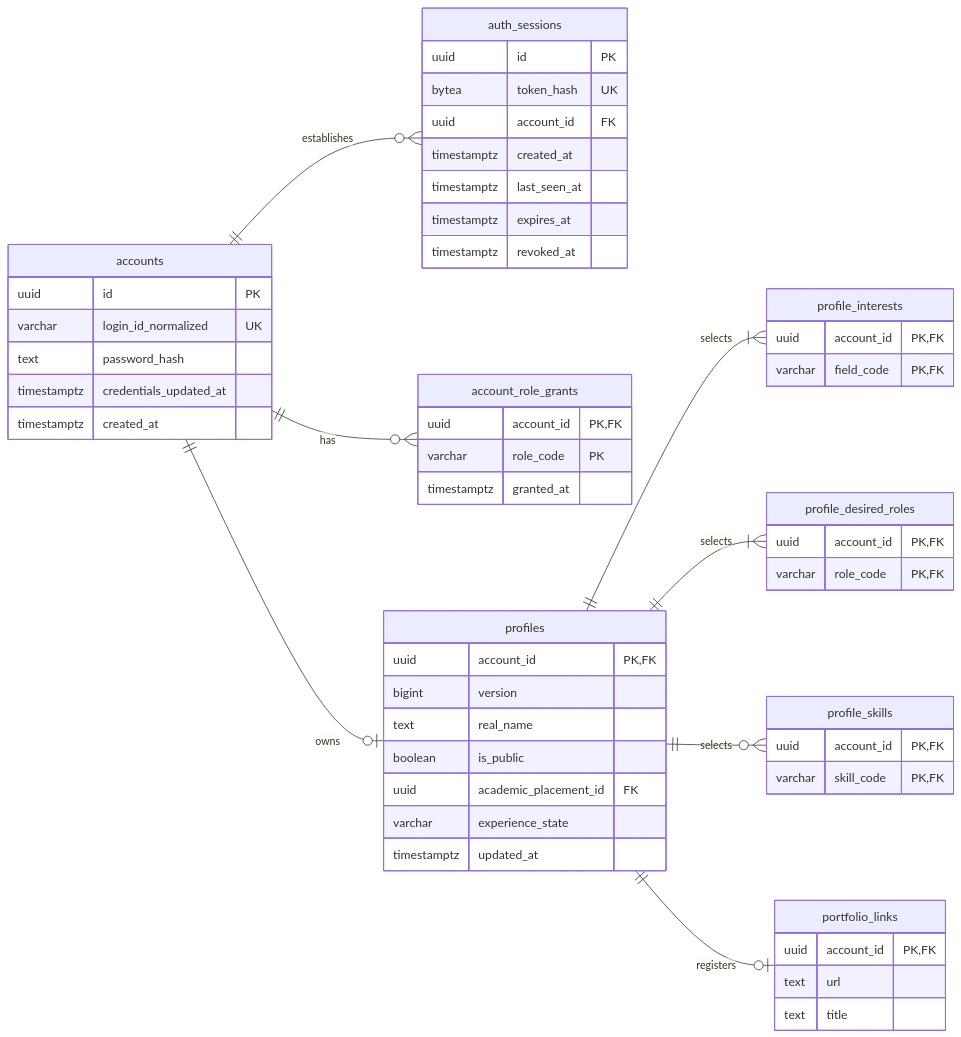
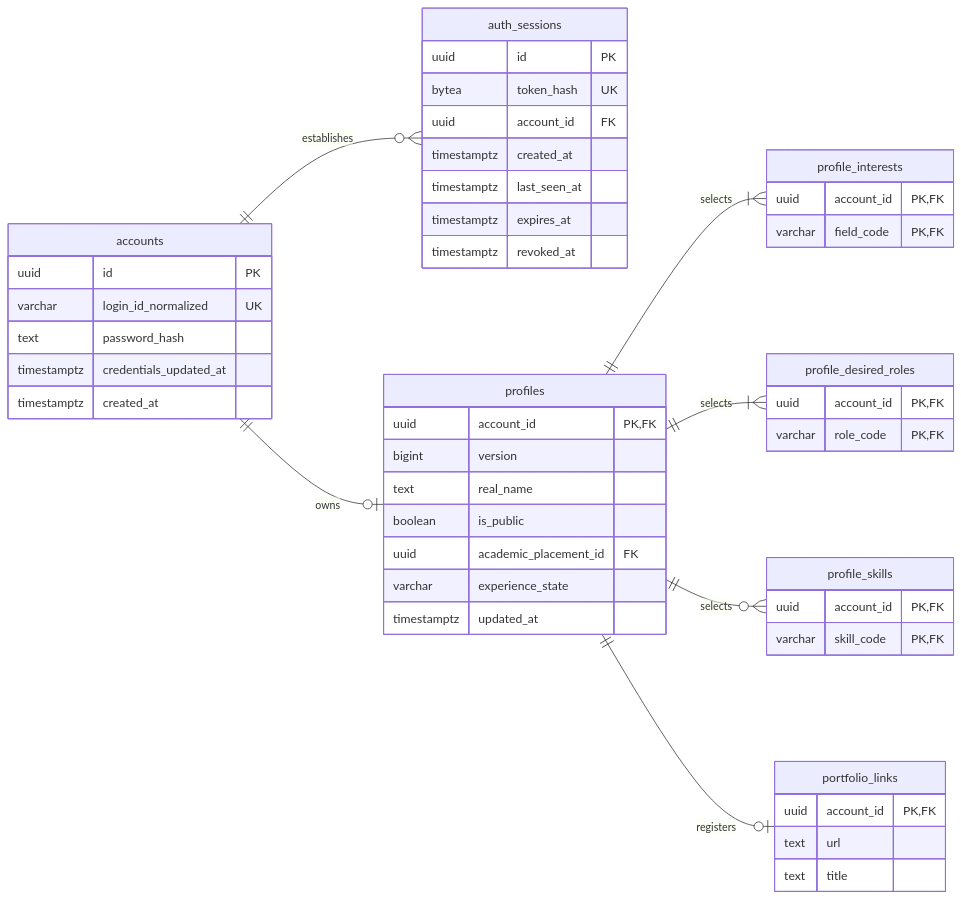
Before and after one commit to wejo-team/sku-dreamon: the diagram in docs/database/identity.md, drawn with Mermaid. The commit also changed other lines of this file and 7 other files, not shown here.

````diff
--- a/docs/database/identity.md
+++ b/docs/database/identity.md
@@ -22,58 +22,52 @@
 ```mermaid
 erDiagram
     direction LR
     accounts ||--o{ auth_sessions : establishes
-    accounts ||--o{ account_role_grants : has
     accounts ||--o| profiles : owns
     profiles ||--|{ profile_interests : selects
     profiles ||--|{ profile_desired_roles : selects
     profiles ||--o{ profile_skills : selects
     profiles ||--o| portfolio_links : registers
     accounts {
         uuid id PK
         varchar login_id_normalized UK
         text password_hash
         timestamptz credentials_updated_at
         timestamptz created_at
-    }
-    account_role_grants {
-        uuid account_id PK,FK
-        varchar role_code PK
-        timestamptz granted_at
     }
     auth_sessions {
         uuid id PK
         bytea token_hash UK
         uuid account_id FK
         timestamptz created_at
         timestamptz last_seen_at
         timestamptz expires_at
         timestamptz revoked_at
     }
     profiles {
         uuid account_id PK,FK
         bigint version
         text real_name
         boolean is_public
         uuid academic_placement_id FK
         varchar experience_state
         timestamptz updated_at
     }
     profile_interests {
         uuid account_id PK,FK
         varchar field_code PK,FK
     }
     profile_desired_roles {
         uuid account_id PK,FK
         varchar role_code PK,FK
     }
     profile_skills {
         uuid account_id PK,FK
         varchar skill_code PK,FK
     }
     portfolio_links {
         uuid account_id PK,FK
         text url
         text title
     }
 ```
````
